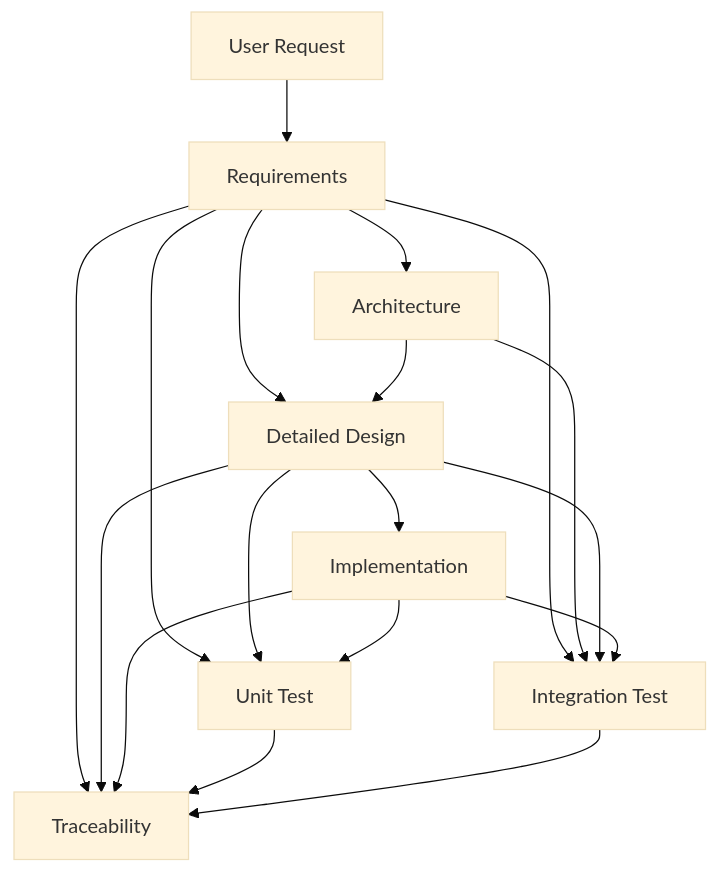
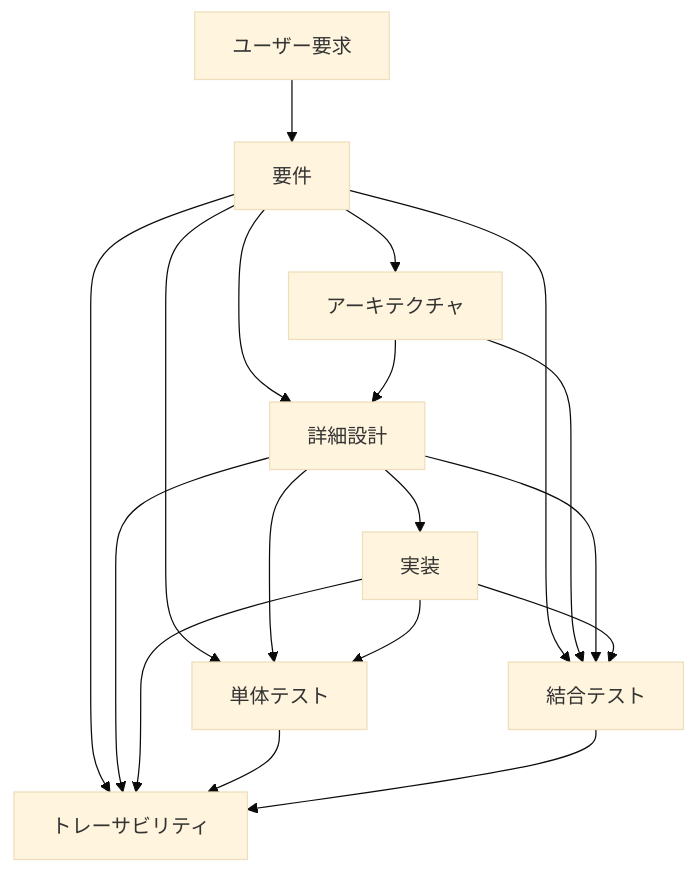
Before and after one commit to akichko/aidevtemplate: the diagram in AGENTS.md, drawn with Mermaid (base theme). The commit also changed other lines of this file and 8 other files, not shown here.

````diff
--- a/AGENTS.md
+++ b/AGENTS.md
@@ -33,20 +35,20 @@
 ```mermaid
 flowchart TD
-    R[User Request] --> REQ[Requirements]
-    REQ --> ARC[Architecture]
-    REQ --> DES[Detailed Design]
+    R[ユーザー要求] --> REQ[要件]
+    REQ --> ARC[アーキテクチャ]
+    REQ --> DES[詳細設計]
     ARC --> DES
-    DES --> SRC[Implementation]
-    REQ --> UT[Unit Test]
+    DES --> SRC[実装]
+    REQ --> UT[単体テスト]
     DES --> UT
     SRC --> UT
-    REQ --> IT[Integration Test]
+    REQ --> IT[結合テスト]
     ARC --> IT
     DES --> IT
     SRC --> IT
-    REQ --> TR[Traceability]
+    REQ --> TR[トレーサビリティ]
     DES --> TR
     SRC --> TR
     UT --> TR
     IT --> TR
 ```
````
